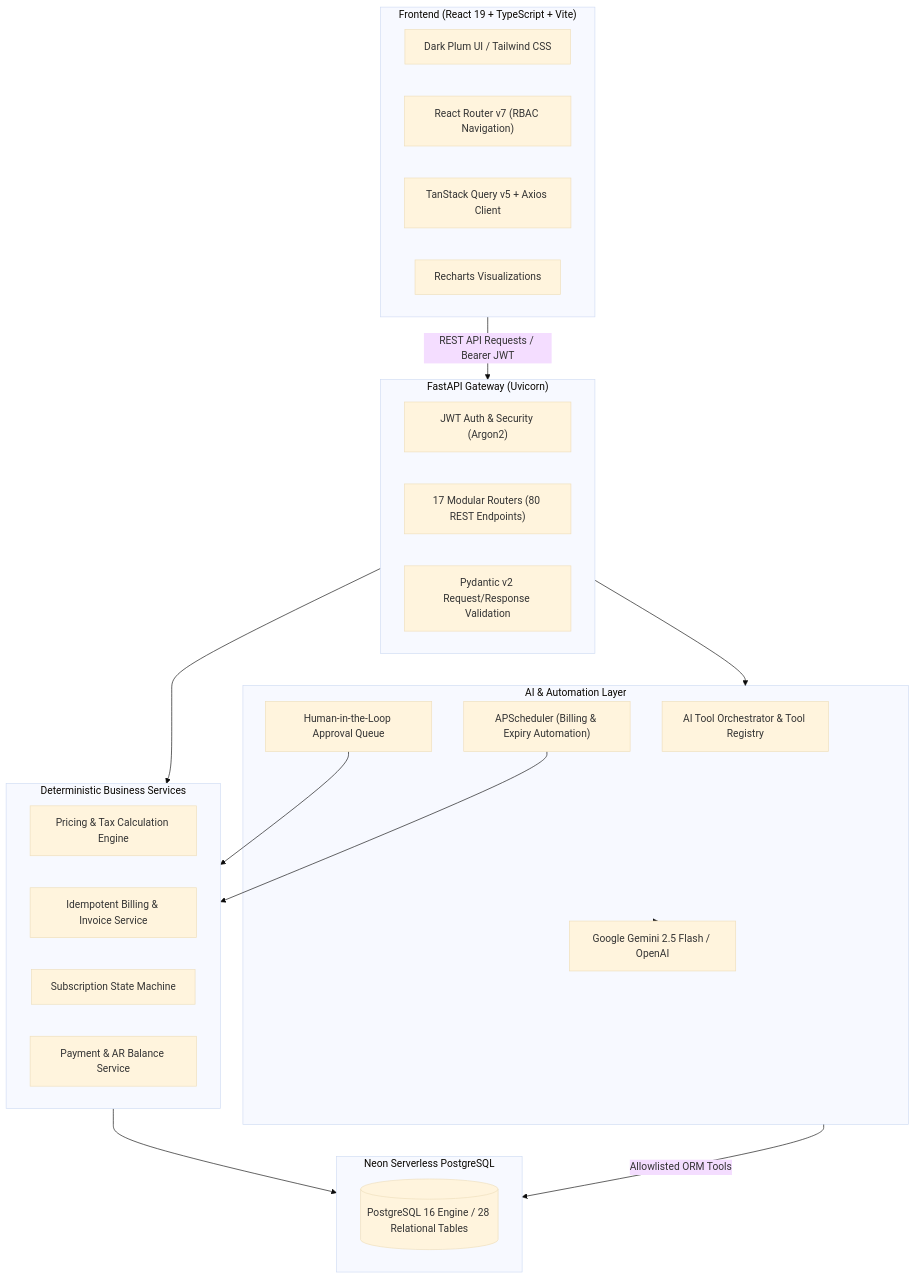
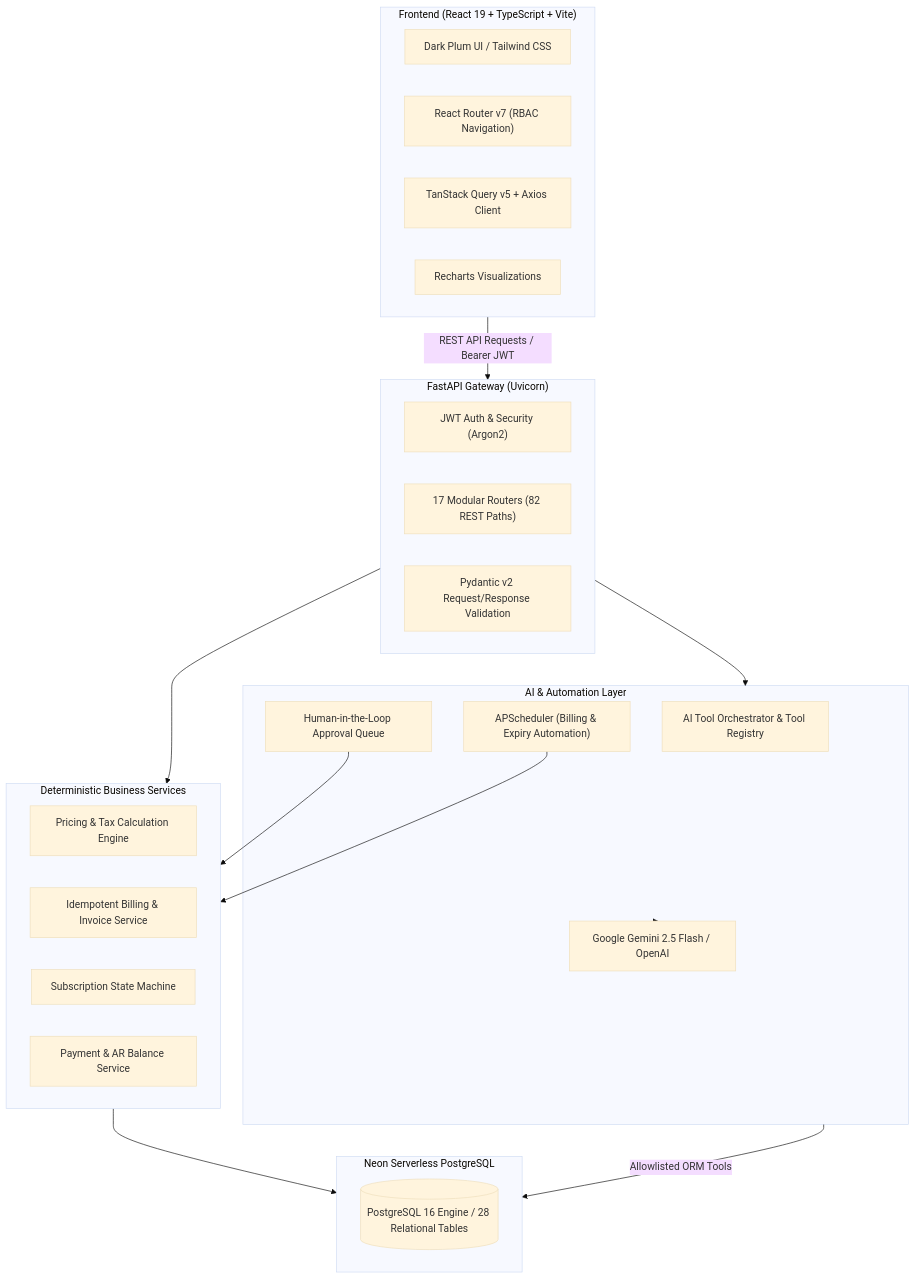
The first of 2 diagrams in README.md (asiiyaah/Subscription_Management_System_Odoo), drawn with Mermaid (base theme) before and after one commit. The commit also changed other lines of this file, not shown here.

````diff
--- a/README.md
+++ b/README.md
@@ -119,42 +122,42 @@
 ```mermaid
 flowchart TD
     subgraph Client["Frontend (React 19 + TypeScript + Vite)"]
         UI["Dark Plum UI / Tailwind CSS"]
         Router["React Router v7 (RBAC Navigation)"]
         TanStack["TanStack Query v5 + Axios Client"]
         Charts["Recharts Visualizations"]
     end
 
     subgraph API_Gateway["FastAPI Gateway (Uvicorn)"]
         Auth["JWT Auth & Security (Argon2)"]
-        Routers["17 Modular Routers (80 REST Endpoints)"]
+        Routers["17 Modular Routers (82 REST Paths)"]
         Pydantic["Pydantic v2 Request/Response Validation"]
     end
 
     subgraph Core_Services["Deterministic Business Services"]
         Pricing["Pricing & Tax Calculation Engine"]
         Billing["Idempotent Billing & Invoice Service"]
         Lifecycle["Subscription State Machine"]
         PaymentService["Payment & AR Balance Service"]
     end
 
     subgraph Intelligence["AI & Automation Layer"]
         Orchestrator["AI Tool Orchestrator & Tool Registry"]
         LLM["Google Gemini 2.5 Flash / OpenAI"]
         Approvals["Human-in-the-Loop Approval Queue"]
         Scheduler["APScheduler (Billing & Expiry Automation)"]
     end
 
     subgraph Storage["Neon Serverless PostgreSQL"]
         DB[(PostgreSQL 16 Engine / 28 Relational Tables)]
     end
 
     Client -->|REST API Requests / Bearer JWT| API_Gateway
     API_Gateway --> Core_Services
     API_Gateway --> Intelligence
     Core_Services --> Storage
     Intelligence -->|Allowlisted ORM Tools| Storage
     Intelligence --> LLM
     Approvals --> Core_Services
     Scheduler --> Core_Services
 ```
````
